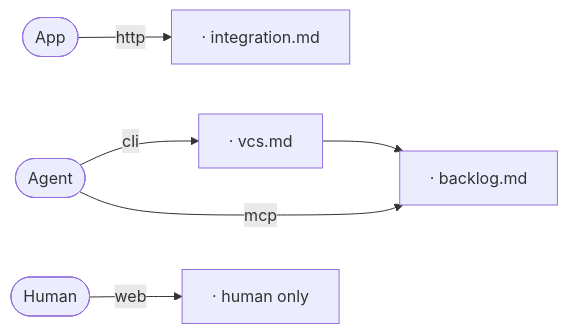
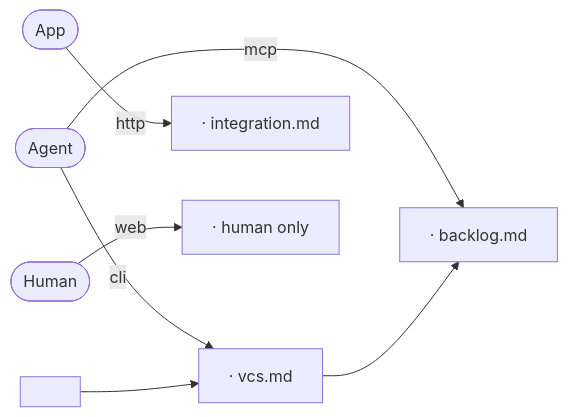
The diagram in plugins/aidd-context/skills/02-project-memory/assets/templates/memory/ecosystem/ecosystem.md (ai-driven-dev/aidd-framework), drawn with Mermaid before and after one commit. The commit also changed other lines of this file and 7 other files, not shown here.

````diff
--- a/plugins/aidd-context/skills/02-project-memory/assets/templates/memory/ecosystem/ecosystem.md
+++ b/plugins/aidd-context/skills/02-project-memory/assets/templates/memory/ecosystem/ecosystem.md
@@ -3,17 +3,19 @@
 ```mermaid
 flowchart LR
   Human([Human])
   Agent([Agent])
   App([App])
   Vcs["<vcs platform> · vcs.md"]
   Tracker["<tracker> · backlog.md"]
   Service["<runtime service> · integration.md"]
   Chat["<tool> · human only"]
+  Bot["<autonomous tool>"]
 
   Agent -- cli --> Vcs
   Agent -- mcp --> Tracker
   App -- http --> Service
   Human -- web --> Chat
 
   Vcs -- "<trigger>" --> Tracker
+  Bot -- "<trigger>" --> Vcs
 ```
````
